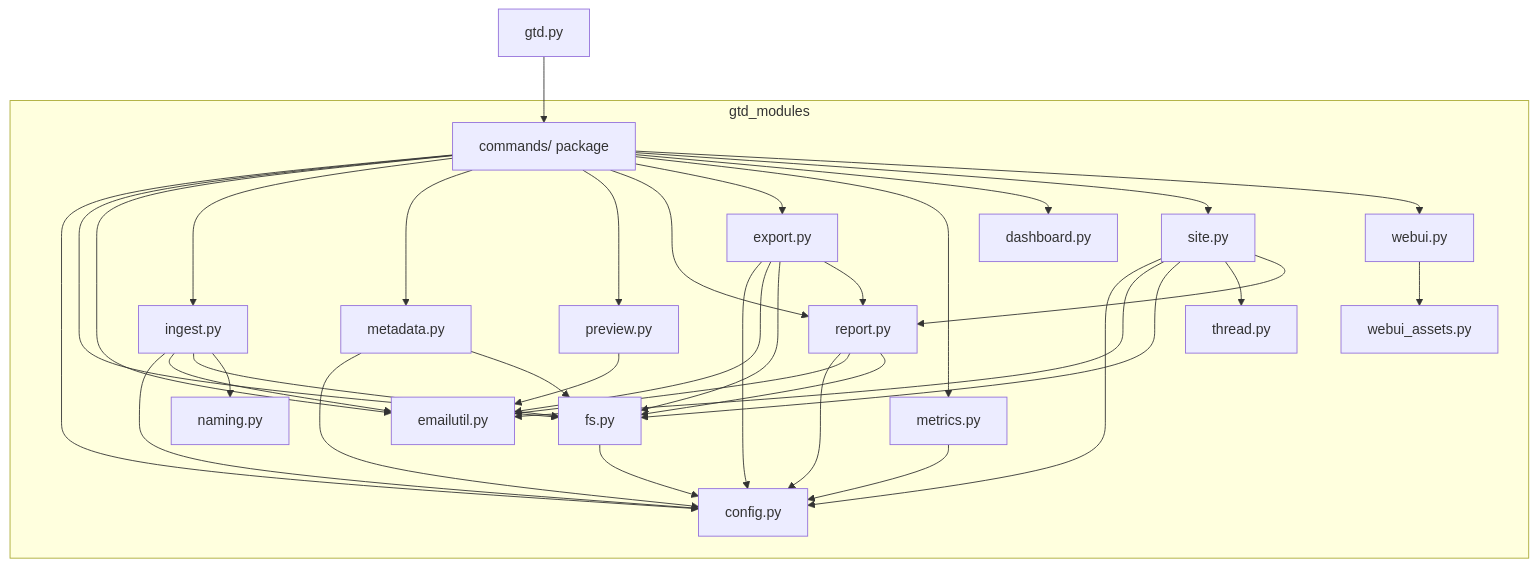
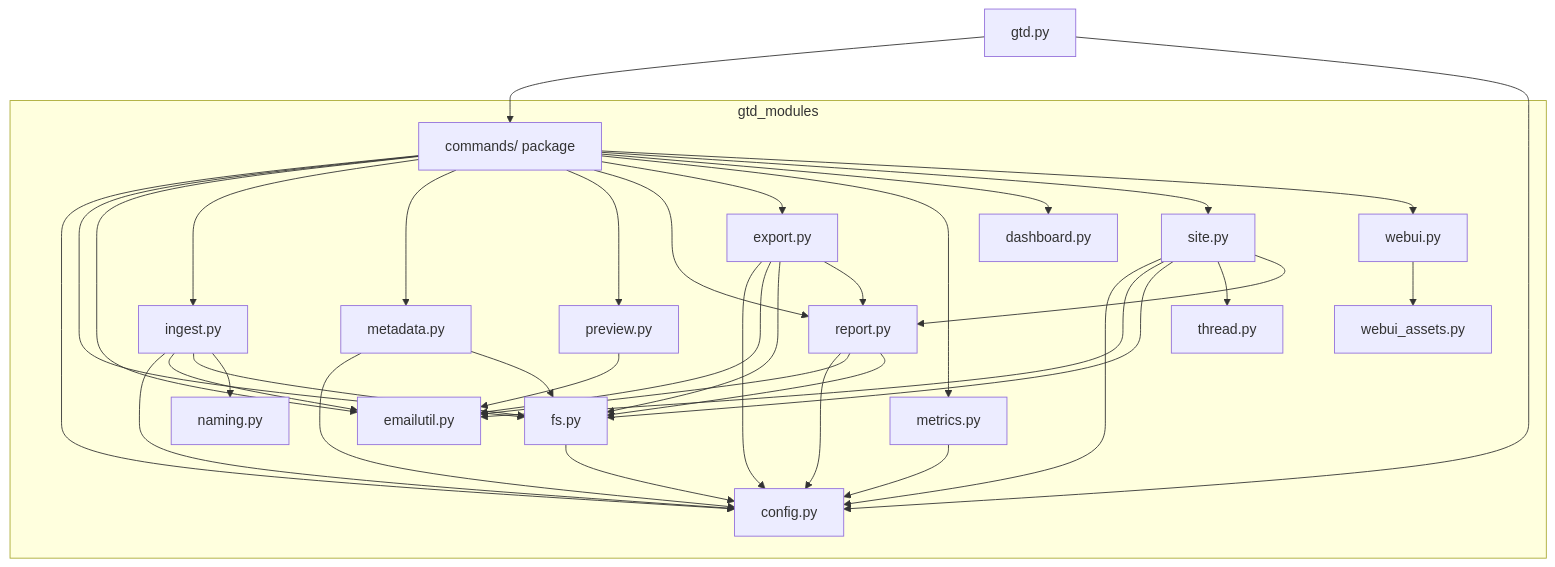
The diagram in commandline/MAINTENANCE.md (qdvc-apps/qdvc-gtd-eml), drawn with Mermaid before and after one commit. The commit also changed other lines of this file and 7 other files, not shown here.

````diff
--- a/commandline/MAINTENANCE.md
+++ b/commandline/MAINTENANCE.md
@@ -133,71 +135,72 @@
 ```mermaid
 graph TD
     gtd[gtd.py]
 
     subgraph gtd_modules
         commands[commands/ package]
         config[config.py]
         emailutil[emailutil.py]
         naming[naming.py]
         fs[fs.py]
         metadata[metadata.py]
         ingest[ingest.py]
         report[report.py]
         export[export.py]
         metrics[metrics.py]
         thread[thread.py]
         dashboard[dashboard.py]
         site[site.py]
         webui[webui.py]
         webui_assets[webui_assets.py]
         preview[preview.py]
     end
 
     %% entry point dispatches into the command hub
     gtd --> commands
+    gtd --> config
 
     %% command modules pull in the feature modules they need
     commands --> config
     commands --> fs
     commands --> emailutil
     commands --> ingest
     commands --> metadata
     commands --> preview
     commands --> report
     commands --> export
     commands --> metrics
     commands --> dashboard
     commands --> site
     commands --> webui
 
     %% internal package edges
     fs --> config
     metadata --> config
     metadata --> fs
     ingest --> config
     ingest --> emailutil
     ingest --> fs
     ingest --> naming
     report --> config
     report --> emailutil
     report --> fs
     preview --> emailutil
 
     export --> config
     export --> emailutil
     export --> fs
     export --> report
 
     metrics --> config
 
     site --> config
     site --> emailutil
     site --> fs
     site --> thread
     site --> report
 
     webui --> webui_assets
 
     %% leaf modules (no internal imports): config, emailutil, naming, thread,
     %% dashboard, webui_assets
 ```
````
